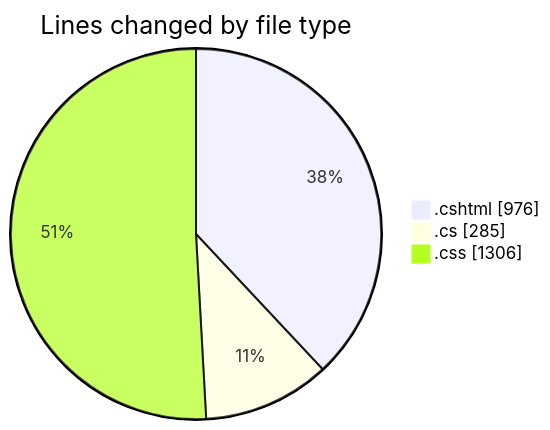
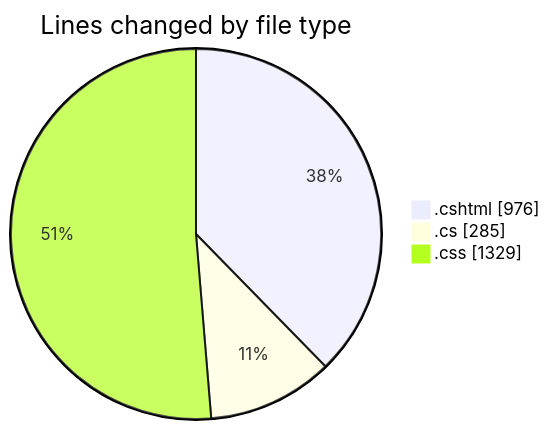
The first of 2 diagrams in 2025-07-18/nhahang/README.md (lephambinh05/code-tracking), drawn with Mermaid before and after one commit. The commit also changed other lines of this file and 1 other file, not shown here.

````diff
--- a/2025-07-18/nhahang/README.md
+++ b/2025-07-18/nhahang/README.md
@@ -37,7 +37,7 @@
 ```mermaid
 pie showData
 title Lines changed by file type
 ".cshtml" : 976
 ".cs" : 285
-".css" : 1306
+".css" : 1329
 ```
````
